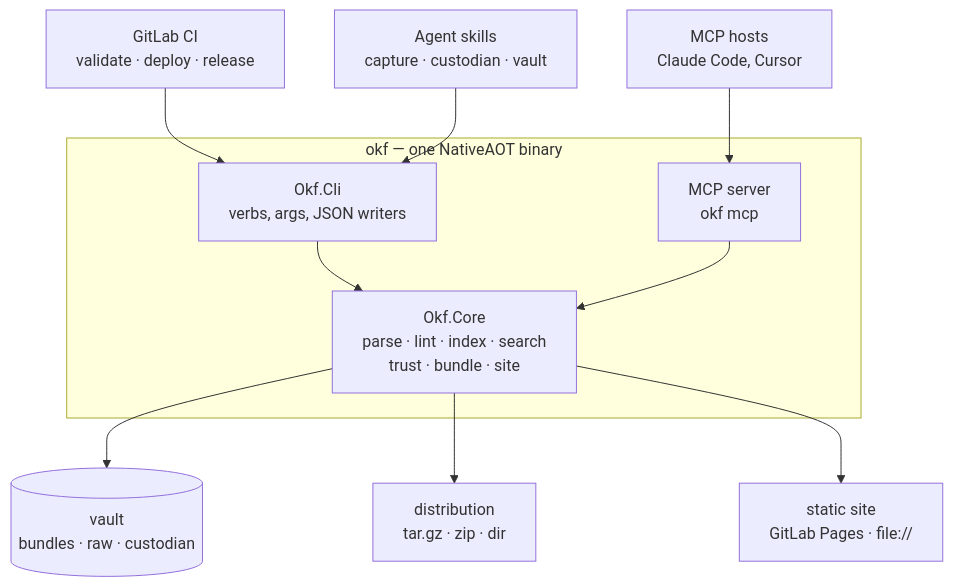
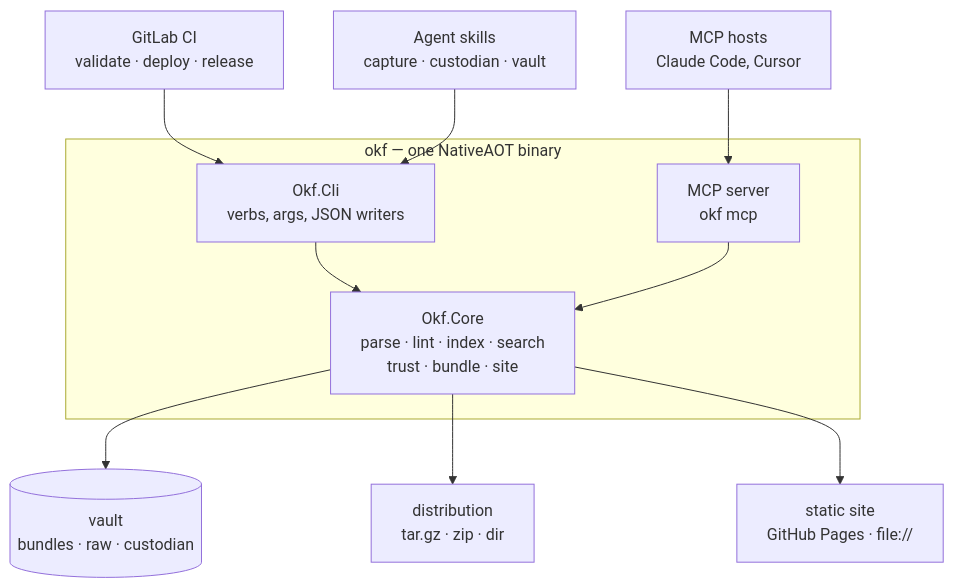
Before and after one commit to georgepharrison/okf-net: the second of 7 diagrams in docs/architecture.md, drawn with Mermaid. The commit also changed other lines of this file and 21 other files, not shown here.

Commit message:
feat(ci): publish public GitHub releases and Pages

````diff
--- a/docs/architecture.md
+++ b/docs/architecture.md
@@ -1035,16 +1057,16 @@
 ```mermaid
 flowchart TB
     ci["GitLab CI<br/>validate · deploy · release"] --> cli
     skills["Agent skills<br/>capture · custodian · vault"] --> cli
     hosts["MCP hosts<br/>Claude Code, Cursor"] --> mcp
     subgraph binary["okf — one NativeAOT binary"]
         cli["Okf.Cli<br/>verbs, args, JSON writers"]
         mcp["MCP server<br/>okf mcp"]
         core["Okf.Core<br/>parse · lint · index · search<br/>trust · bundle · site"]
     end
     cli --> core
     mcp --> core
     core --> vault[("vault<br/>bundles · raw · custodian")]
     core --> dist["distribution<br/>tar.gz · zip · dir"]
-    core --> site["static site<br/>GitLab Pages · file://"]
+    core --> site["static site<br/>GitHub Pages · file://"]
 ```
````
